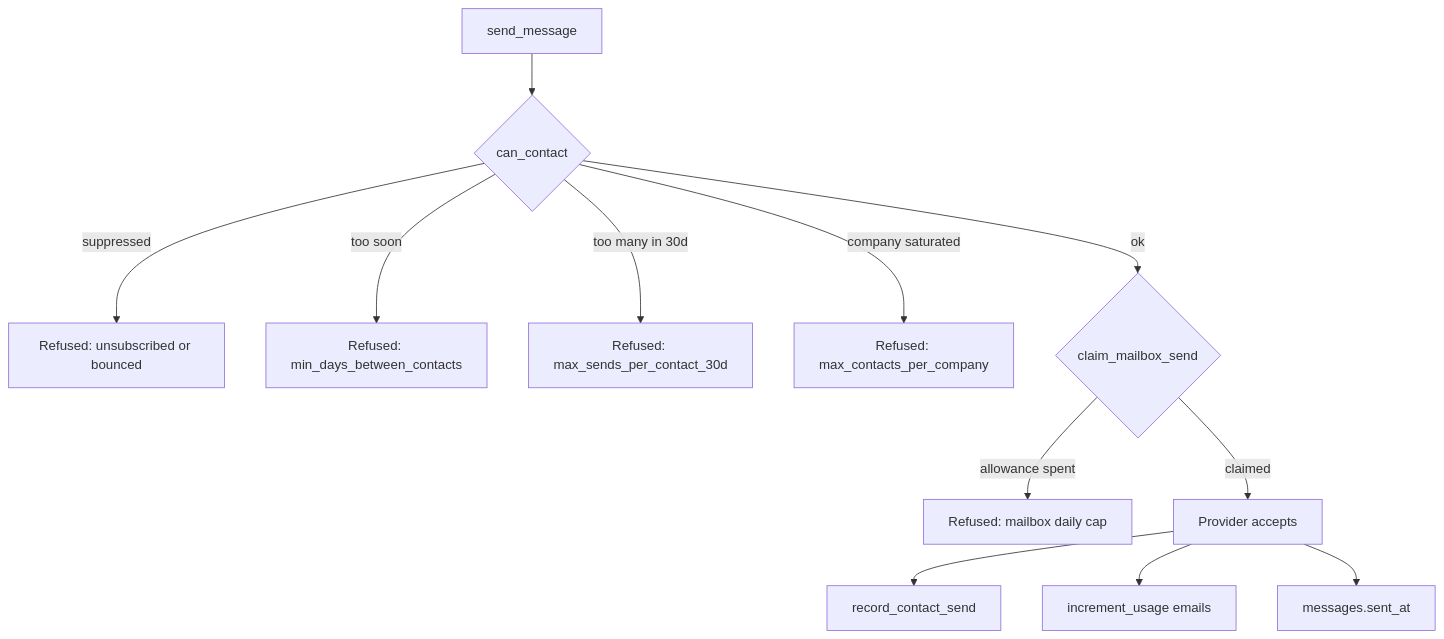
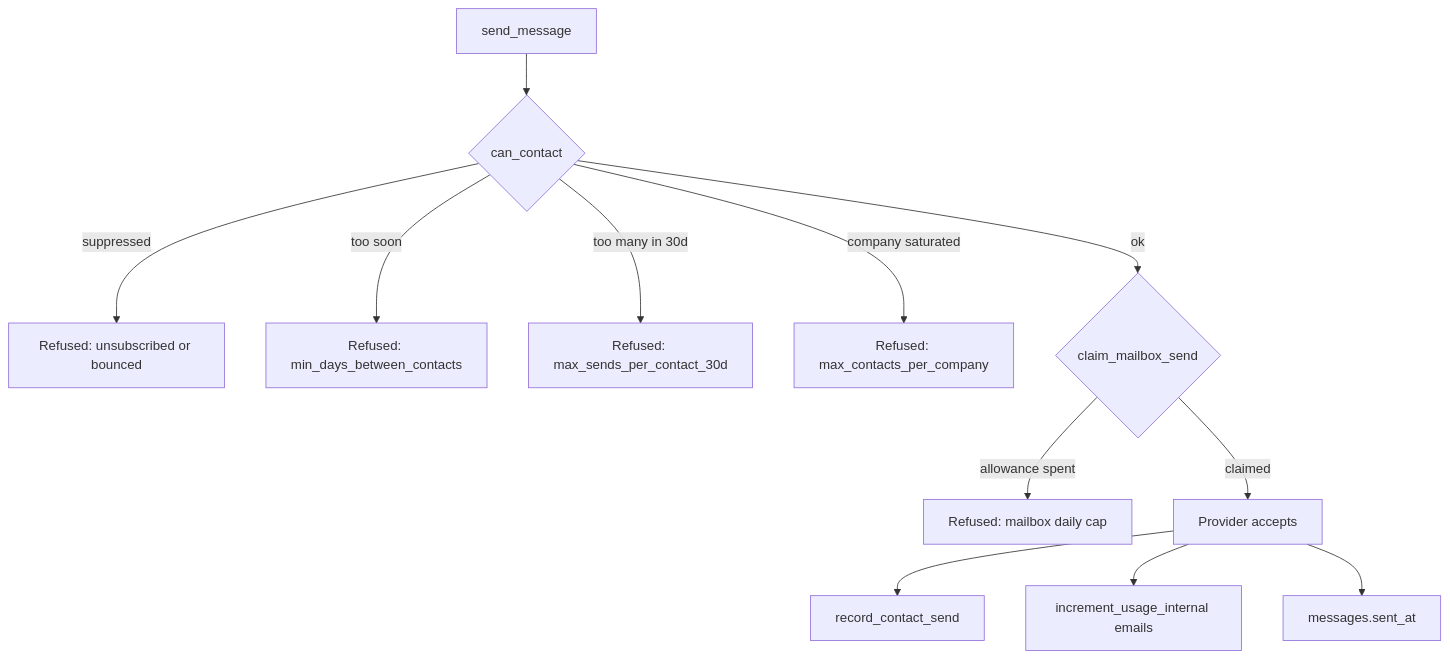
Before and after one commit to arpitcoding007-star/Huntloop: the diagram in docs/security/outreach-compliance.md, drawn with Mermaid. The commit also changed 128 other files, not shown here.

````diff
--- a/docs/security/outreach-compliance.md
+++ b/docs/security/outreach-compliance.md
@@ -50,14 +50,14 @@
 ```mermaid
 flowchart TD
   A[send_message] --> B{can_contact}
   B -->|suppressed| R1[Refused: unsubscribed or bounced]
   B -->|too soon| R2[Refused: min_days_between_contacts]
   B -->|too many in 30d| R3[Refused: max_sends_per_contact_30d]
   B -->|company saturated| R4[Refused: max_contacts_per_company]
   B -->|ok| C{claim_mailbox_send}
   C -->|allowance spent| R5[Refused: mailbox daily cap]
   C -->|claimed| D[Provider accepts]
   D --> E[record_contact_send]
-  D --> F[increment_usage emails]
+  D --> F[increment_usage_internal emails]
   D --> G[messages.sent_at]
 ```
````
